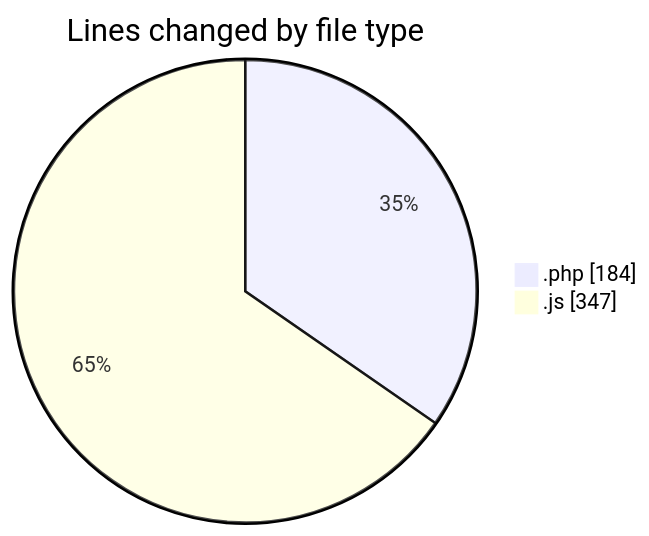
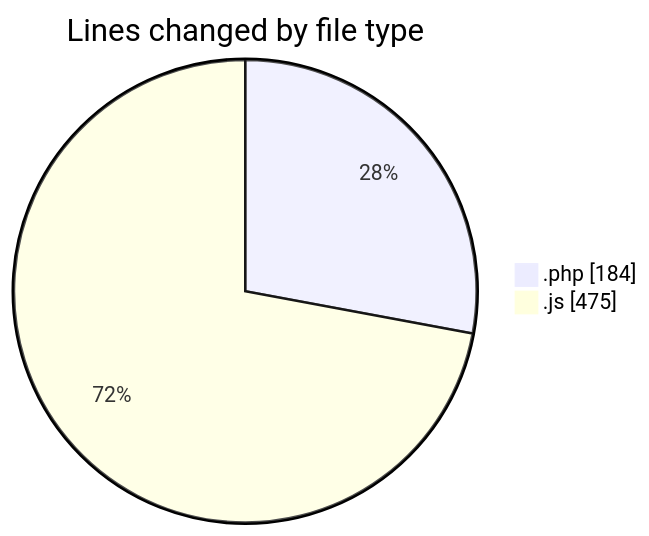
One commit to debugP/code-tracking changed the first of 2 diagrams in 2025-09-29/untitled__workspace_/README.md. Above: the diagram before and after it, drawn with Mermaid. The commit also changed other lines of this file and 1 other file, not shown here.

````diff
--- a/2025-09-29/untitled__workspace_/README.md
+++ b/2025-09-29/untitled__workspace_/README.md
@@ -21,6 +21,6 @@
 ```mermaid
 pie showData
 title Lines changed by file type
 ".php" : 184
-".js" : 347
+".js" : 475
 ```
````
